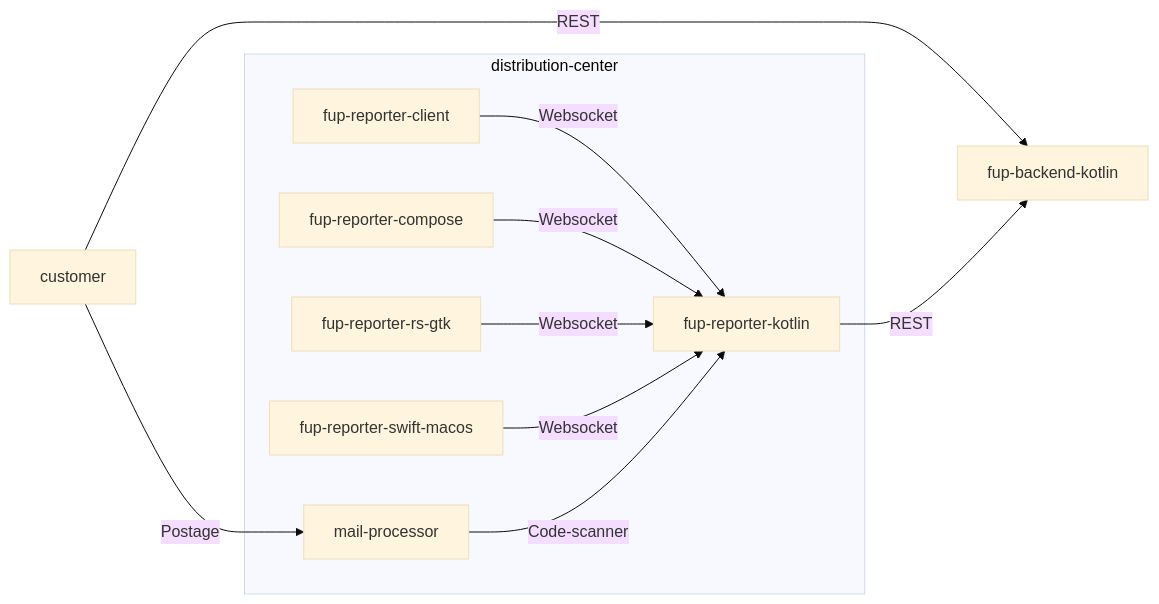
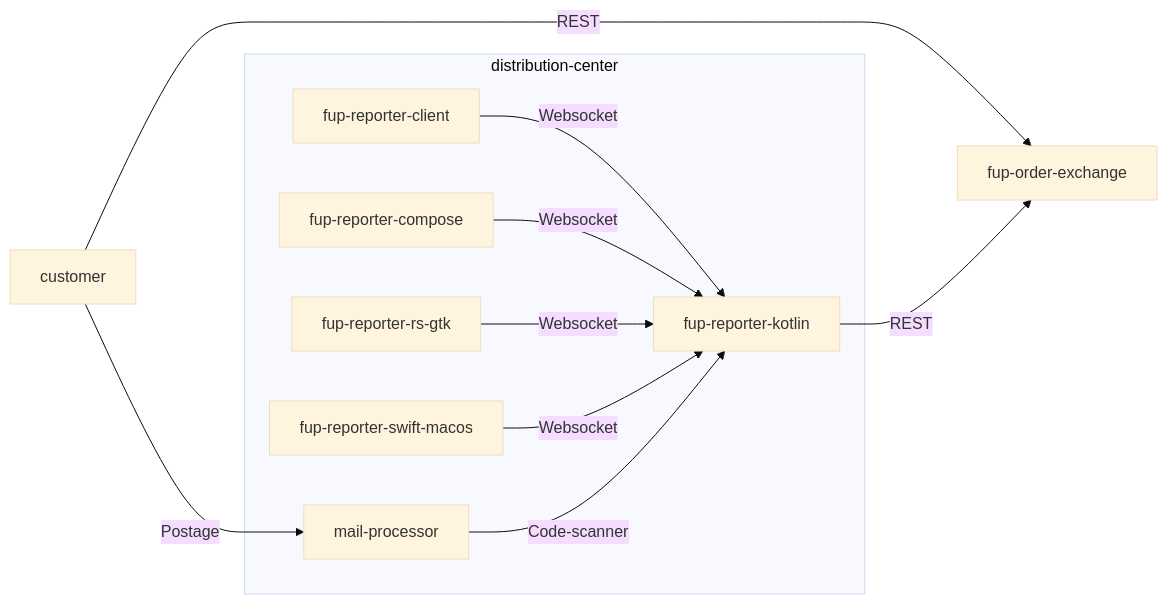
The first of 3 diagrams in README.md (mvandermade/funicular-postcard), drawn with Mermaid (base theme) before and after one commit. The commit also changed other lines of this file, not shown here.

````diff
--- a/README.md
+++ b/README.md
@@ -32,13 +30,13 @@
 ```mermaid
 graph LR
-  customer -->|REST| fup-backend-kotlin
-  fup-reporter-kotlin -->|REST| fup-backend-kotlin
+  customer -->|REST| fup-order-exchange
+  fup-reporter-kotlin -->|REST| fup-order-exchange
   subgraph distribution-center
   fup-reporter-client -->|Websocket| fup-reporter-kotlin
   fup-reporter-compose -->|Websocket| fup-reporter-kotlin
   fup-reporter-rs-gtk -->|Websocket| fup-reporter-kotlin
   fup-reporter-swift-macos --> |Websocket| fup-reporter-kotlin
   mail-processor --> |Code-scanner| fup-reporter-kotlin
   end
   customer --> |Postage| mail-processor
 ```
````
